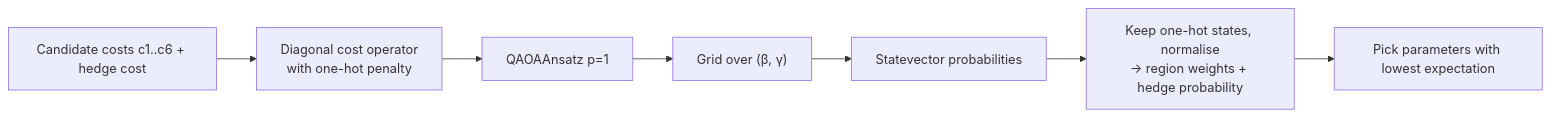
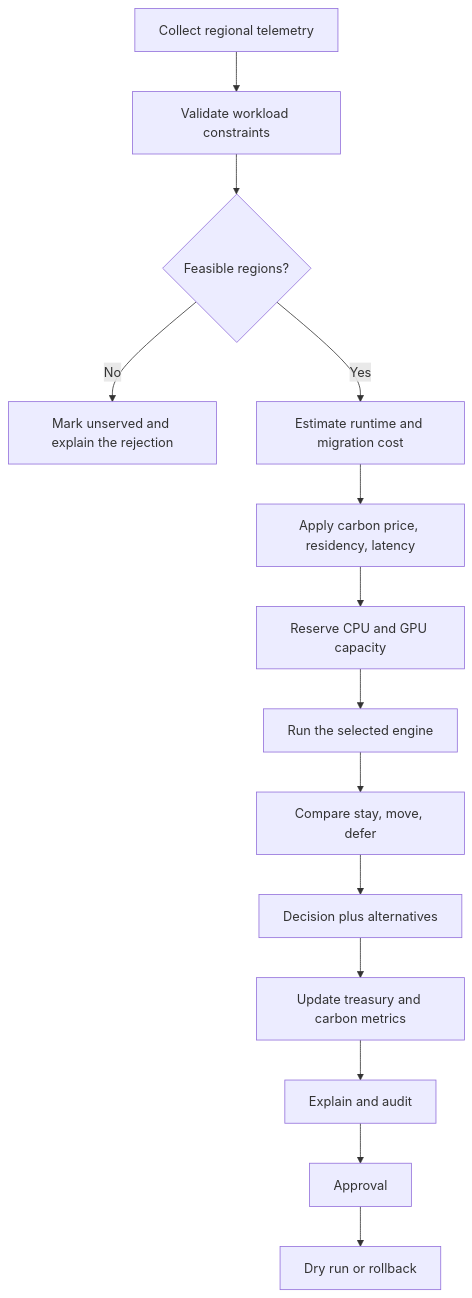
The fifth of 8 diagrams in README.md (prantikchanda21/Carbon-Ledger), drawn with Mermaid before and after one commit. The commit also changed other lines of this file, not shown here.

````diff
--- a/README.md
+++ b/README.md
@@ -684,9 +253,16 @@
 ```mermaid
-flowchart LR
-  A["Candidate costs c1..c6 + hedge cost"] --> B["Diagonal cost operator<br/>with one-hot penalty"]
-  B --> C["QAOAAnsatz p=1"]
-  C --> D["Grid over (β, γ)"]
-  D --> E["Statevector probabilities"]
-  E --> F["Keep one-hot states, normalise<br/>→ region weights + hedge probability"]
-  F --> G["Pick parameters with lowest expectation"]
+flowchart TD
+    A["Collect regional telemetry"] --> B["Validate workload constraints"]
+    B --> C{"Feasible regions?"}
+    C -- "No" --> Z["Mark unserved and explain the rejection"]
+    C -- "Yes" --> D["Estimate runtime and migration cost"]
+    D --> E["Apply carbon price, residency, latency"]
+    E --> F["Reserve CPU and GPU capacity"]
+    F --> G["Run the selected engine"]
+    G --> H["Compare stay, move, defer"]
+    H --> I["Decision plus alternatives"]
+    I --> J["Update treasury and carbon metrics"]
+    J --> K["Explain and audit"]
+    K --> L["Approval"]
+    L --> M["Dry run or rollback"]
 ```
````
